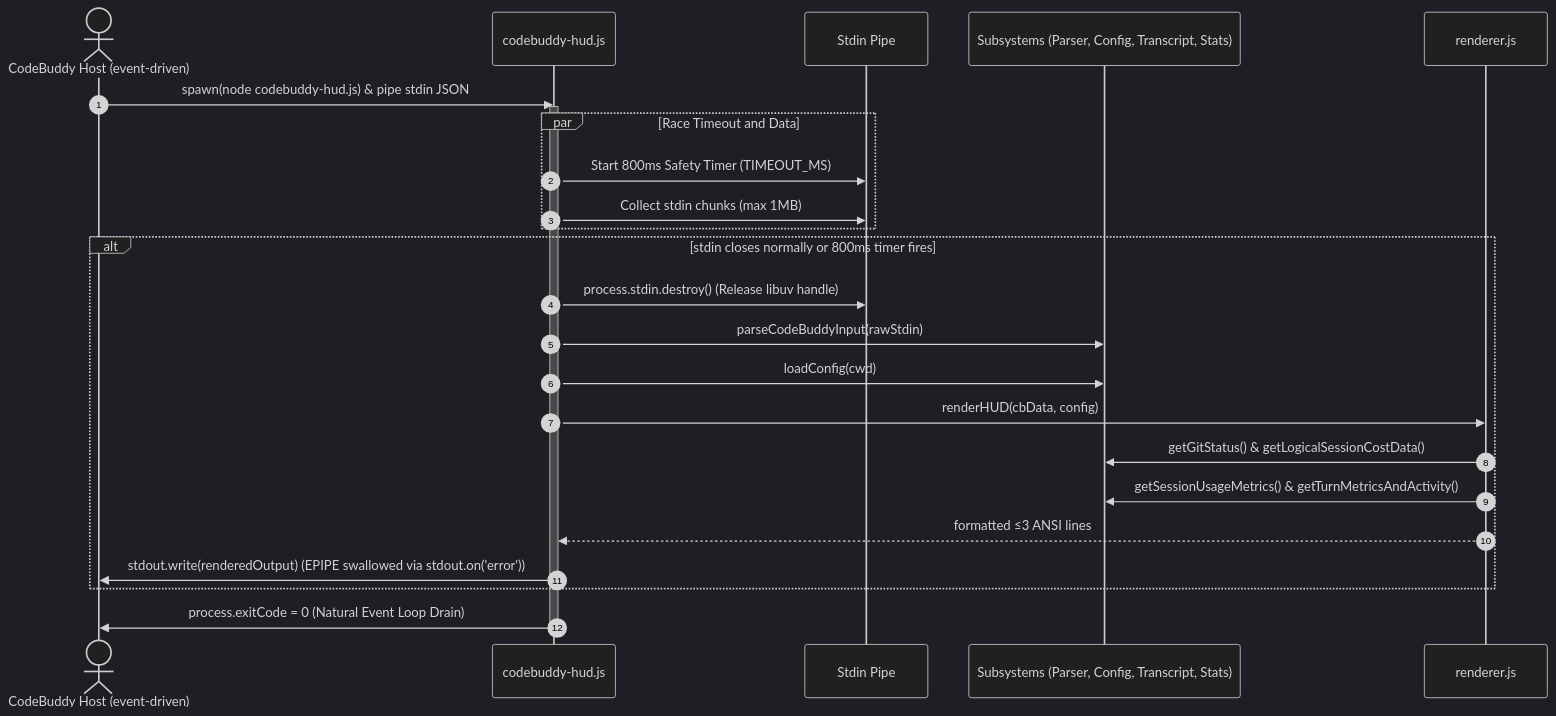
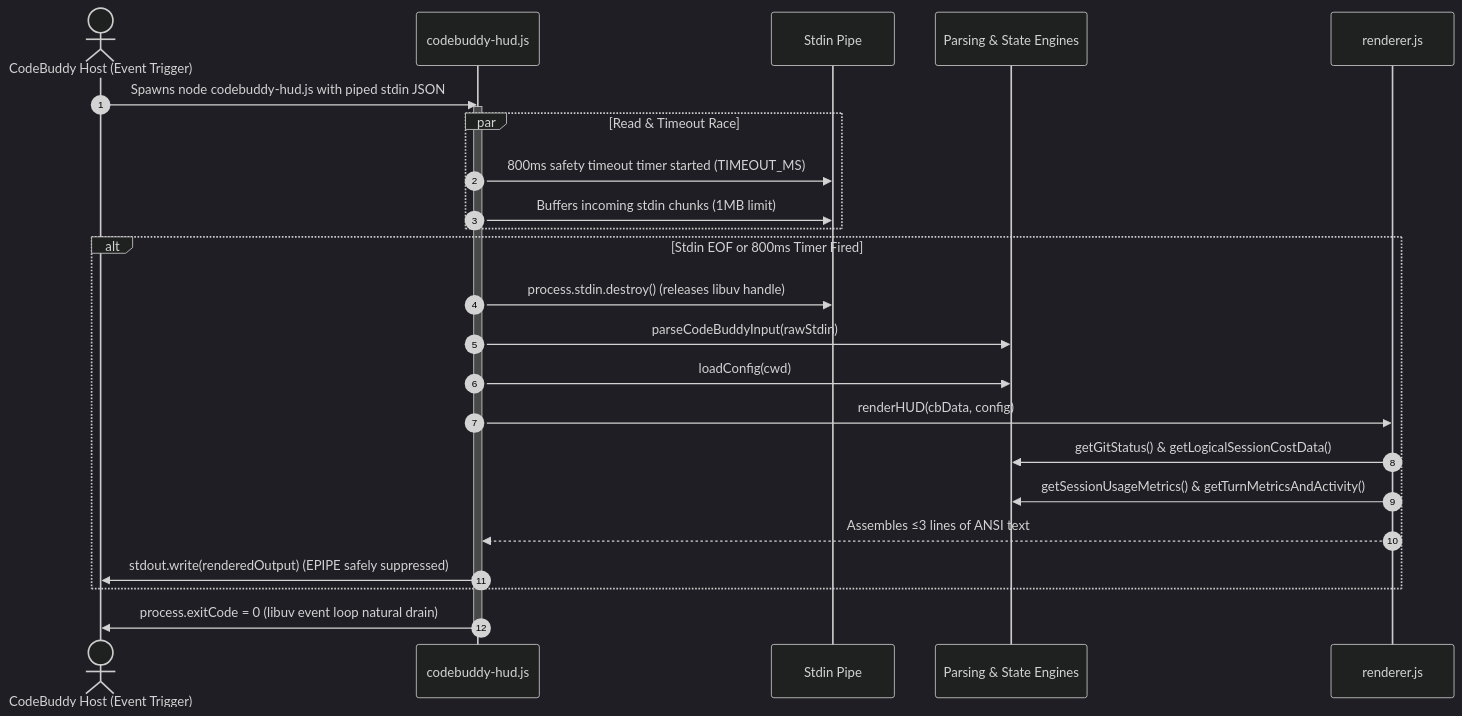
The second of 2 diagrams in docs/architecture.md (XisFool/codebuddy-hud), drawn with Mermaid (dark theme) before and after one commit. The commit also changed other lines of this file and 10 other files, not shown here.

````diff
--- a/docs/architecture.md
+++ b/docs/architecture.md
@@ -95,31 +95,31 @@
 ```mermaid
 sequenceDiagram
     autonumber
-    actor Host as CodeBuddy Host (event-driven)
+    actor Host as CodeBuddy Host (Event Trigger)
     participant Entry as codebuddy-hud.js
     participant Stdin as Stdin Pipe
-    participant Engine as Subsystems (Parser, Config, Transcript, Stats)
+    participant Engine as Parsing & State Engines
     participant Renderer as renderer.js
 
-    Host->>Entry: spawn(node codebuddy-hud.js) & pipe stdin JSON
+    Host->>Entry: Spawns node codebuddy-hud.js with piped stdin JSON
     activate Entry
     
-    par Race Timeout and Data
-        Entry->>Stdin: Start 800ms Safety Timer (TIMEOUT_MS)
-        Entry->>Stdin: Collect stdin chunks (max 1MB)
+    par Read & Timeout Race
+        Entry->>Stdin: 800ms safety timeout timer started (TIMEOUT_MS)
+        Entry->>Stdin: Buffers incoming stdin chunks (1MB limit)
     end
 
-    alt stdin closes normally or 800ms timer fires
-        Entry->>Stdin: process.stdin.destroy() (Release libuv handle)
+    alt Stdin EOF or 800ms Timer Fired
+        Entry->>Stdin: process.stdin.destroy() (releases libuv handle)
         Entry->>Engine: parseCodeBuddyInput(rawStdin)
         Entry->>Engine: loadConfig(cwd)
         Entry->>Renderer: renderHUD(cbData, config)
         Renderer->>Engine: getGitStatus() & getLogicalSessionCostData()
         Renderer->>Engine: getSessionUsageMetrics() & getTurnMetricsAndActivity()
-        Renderer-->>Entry: formatted ≤3 ANSI lines
-        Entry->>Host: stdout.write(renderedOutput) (EPIPE swallowed via stdout.on('error'))
+        Renderer-->>Entry: Assembles ≤3 lines of ANSI text
+        Entry->>Host: stdout.write(renderedOutput) (EPIPE safely suppressed)
     end
 
-    Entry->>Host: process.exitCode = 0 (Natural Event Loop Drain)
+    Entry->>Host: process.exitCode = 0 (libuv event loop natural drain)
     deactivate Entry
 ```
````
